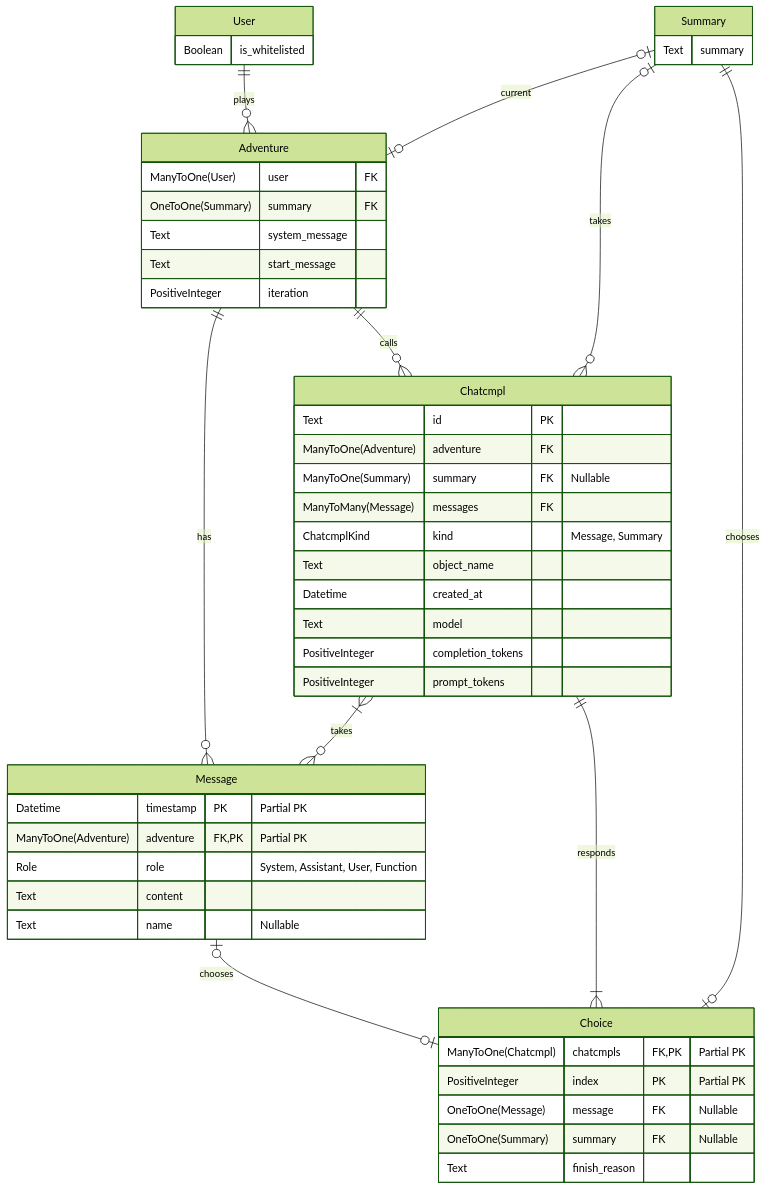
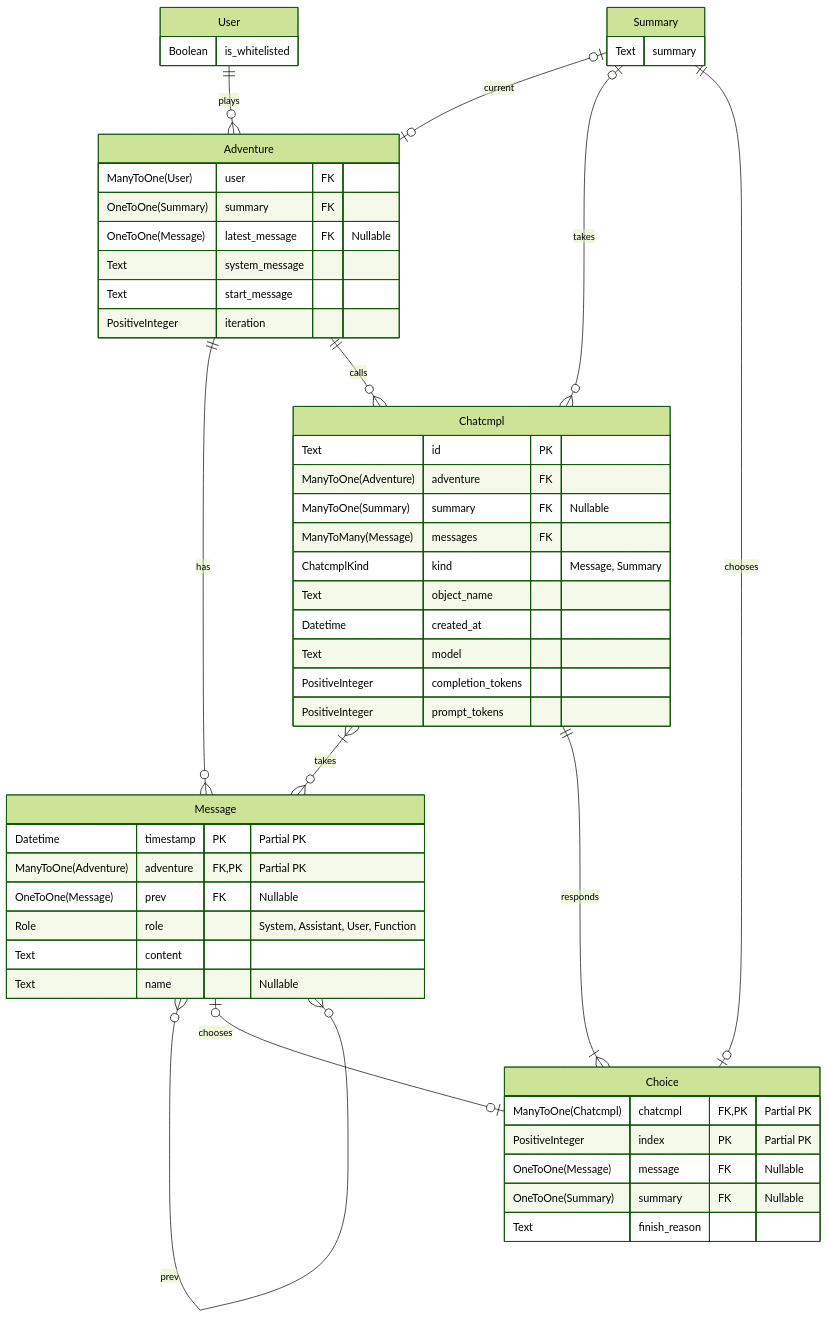
One commit to LioQing/verbose-adventure changed the second of 2 diagrams in README.md. Above: the diagram before and after it, drawn with Mermaid (forest theme). The commit also changed 13 other files, not shown here.

````diff
--- a/README.md
+++ b/README.md
@@ -67,65 +67,70 @@
 ```mermaid
+
 erDiagram
     User {
         Boolean is_whitelisted
     }
 
     Adventure {
         ManyToOne(User) user FK
         OneToOne(Summary) summary FK
+        OneToOne(Message) latest_message FK "Nullable"
         Text system_message
         Text start_message
         PositiveInteger iteration
     }
 
     Chatcmpl {
         Text id PK
         ManyToOne(Adventure) adventure FK
         ManyToOne(Summary) summary FK "Nullable"
         ManyToMany(Message) messages FK
         ChatcmplKind kind "Message, Summary"
         Text object_name
         Datetime created_at
         Text model
         PositiveInteger completion_tokens
         PositiveInteger prompt_tokens
     }
 
     Summary {
         Text summary
     }
 
     Message {
         Datetime timestamp PK "Partial PK"
         ManyToOne(Adventure) adventure FK,PK "Partial PK"
+        OneToOne(Message) prev FK "Nullable"
         Role role "System, Assistant, User, Function"
         Text content
         Text name "Nullable"
     }
 
     Choice {
-        ManyToOne(Chatcmpl) chatcmpls FK,PK "Partial PK"
+        ManyToOne(Chatcmpl) chatcmpl FK,PK "Partial PK"
         PositiveInteger index PK "Partial PK"
         OneToOne(Message) message FK "Nullable"
         OneToOne(Summary) summary FK "Nullable"
         Text finish_reason
     }
 
     User ||--o{ Adventure : plays
+
+    Message }o--o{ Message : prev
 
     Adventure ||--o{ Message : has
 
     Adventure ||--o{ Chatcmpl : calls
 
     Chatcmpl }|--o{ Message : takes
 
     Chatcmpl ||--|{ Choice : responds
 
-        Summary |o--o| Adventure : current
+    Summary |o--o| Adventure : current
 
     Summary |o--o{ Chatcmpl : takes
 
     Summary ||--o| Choice : chooses
 
     Message |o--o| Choice : chooses
 ```
````
